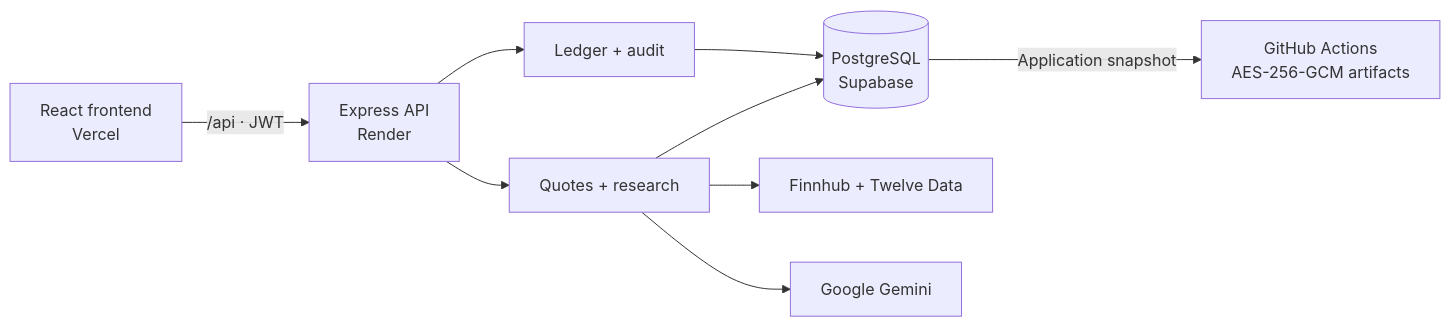
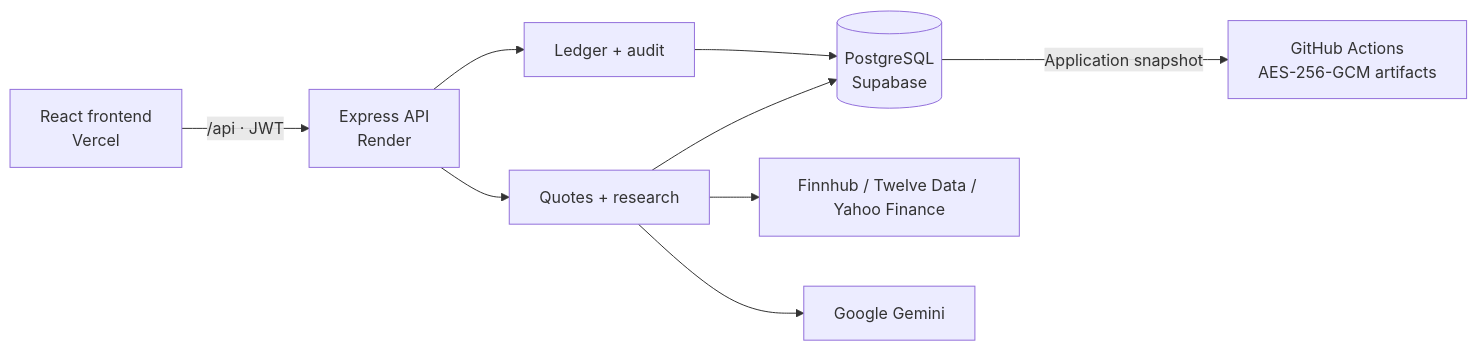
One commit to Jxjx426/investment-advisor-backend changed the diagram in README.md. Above: the diagram before and after it, drawn with Mermaid. The commit also changed other lines of this file and 4 other files, not shown here.

````diff
--- a/README.md
+++ b/README.md
@@ -17,11 +17,11 @@
 ```mermaid
 flowchart LR
     UI["React frontend<br/>Vercel"] -->|"/api · JWT"| API["Express API<br/>Render"]
     API --> Ledger[Ledger + audit]
     API --> Research[Quotes + research]
     Ledger --> DB[("PostgreSQL<br/>Supabase")]
     Research --> DB
-    Research --> Market[Finnhub + Twelve Data]
+    Research --> Market["Finnhub / Twelve Data / Yahoo Finance"]
     Research --> AI[Google Gemini]
     DB -->|Application snapshot| Backup["GitHub Actions<br/>AES-256-GCM artifacts"]
 ```
````
